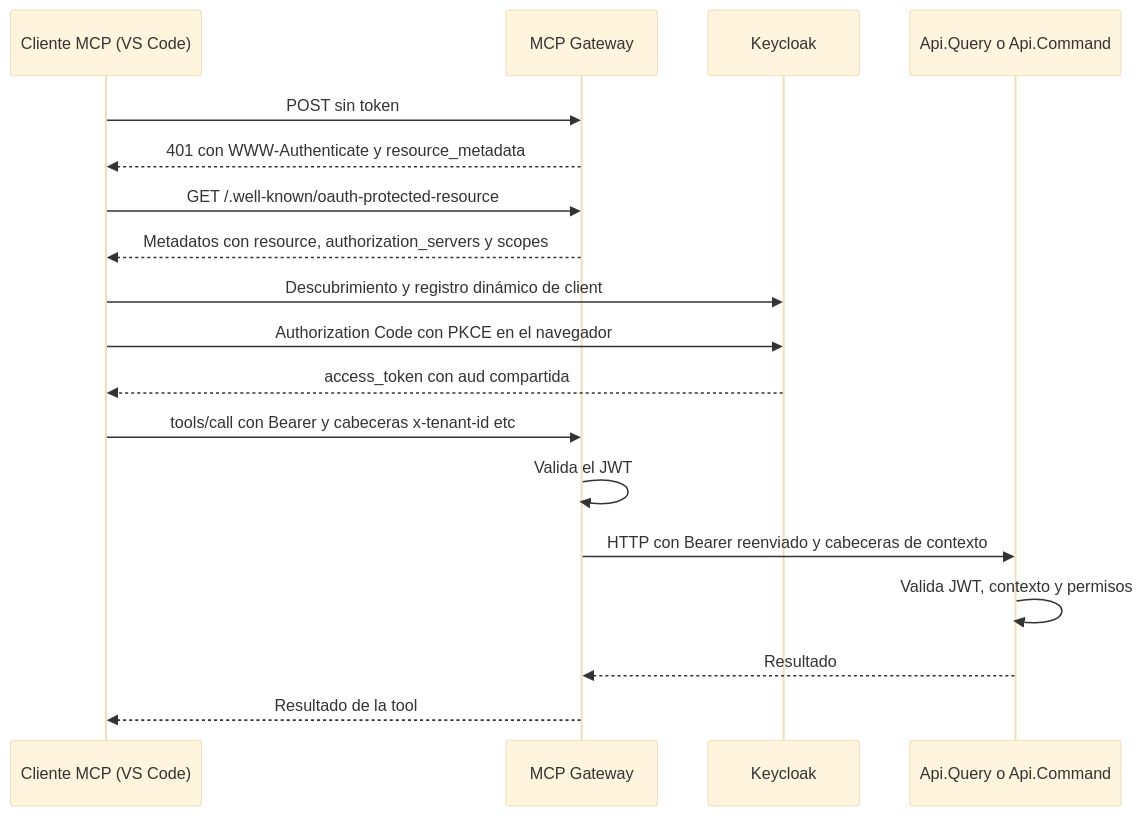
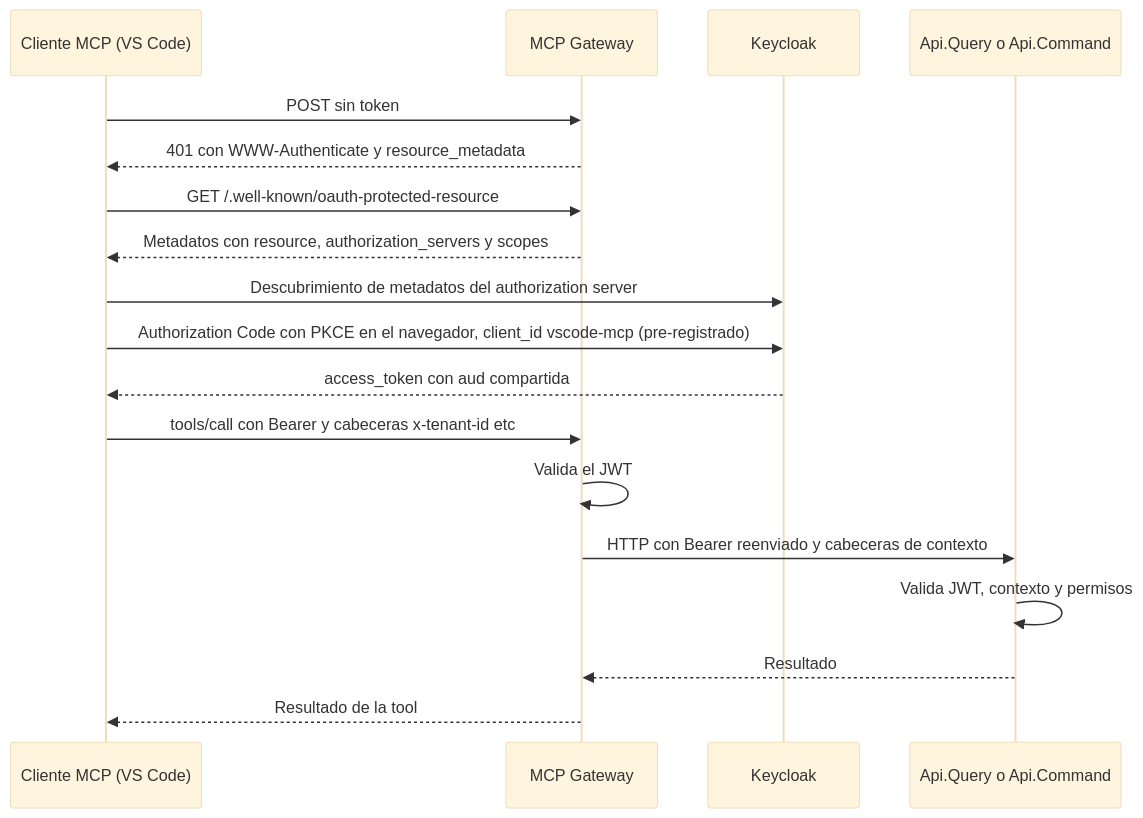
One commit to jordiaragonzaragoza/JordiAragonZaragoza.SharedKernel changed the third of 3 diagrams in src/JordiAragonZaragoza.SharedKernel.Presentation.HttpRestfulApi/Identity/Authentication.es.md. Above: the diagram before and after it, drawn with Mermaid (base theme). The commit also changed other lines of this file and 2 other files, not shown here.

````diff
--- a/src/JordiAragonZaragoza.SharedKernel.Presentation.HttpRestfulApi/Identity/Authentication.es.md
+++ b/src/JordiAragonZaragoza.SharedKernel.Presentation.HttpRestfulApi/Identity/Authentication.es.md
@@ -320,21 +340,21 @@
 ```mermaid
 sequenceDiagram
     participant C as Cliente MCP (VS Code)
     participant G as MCP Gateway
     participant K as Keycloak
     participant A as Api.Query o Api.Command
 
     C->>G: POST sin token
     G-->>C: 401 con WWW-Authenticate y resource_metadata
     C->>G: GET /.well-known/oauth-protected-resource
     G-->>C: Metadatos con resource, authorization_servers y scopes
-    C->>K: Descubrimiento y registro dinámico de client
-    C->>K: Authorization Code con PKCE en el navegador
+    C->>K: Descubrimiento de metadatos del authorization server
+    C->>K: Authorization Code con PKCE en el navegador, client_id vscode-mcp (pre-registrado)
     K-->>C: access_token con aud compartida
     C->>G: tools/call con Bearer y cabeceras x-tenant-id etc
     G->>G: Valida el JWT
     G->>A: HTTP con Bearer reenviado y cabeceras de contexto
     A->>A: Valida JWT, contexto y permisos
     A-->>G: Resultado
     G-->>C: Resultado de la tool
 ```
````
